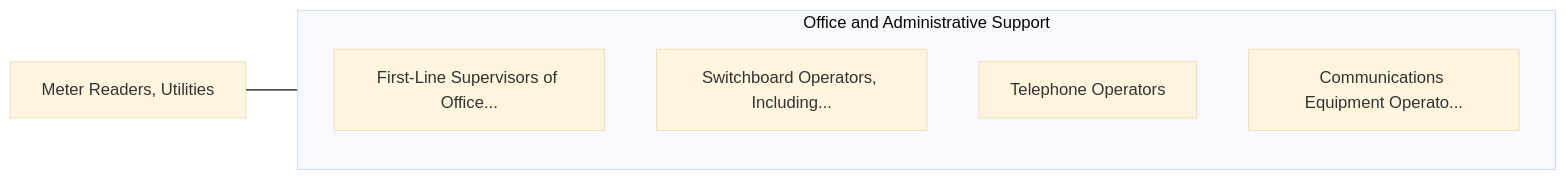
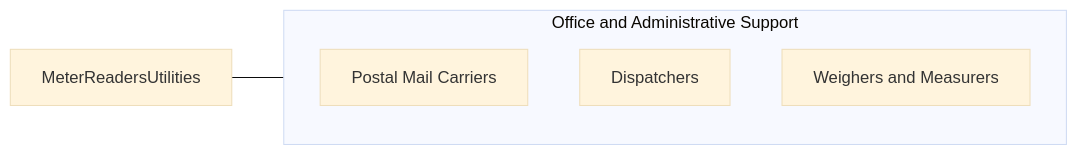
The third of 3 diagrams in occupations/Administrative/MeterReadersUtilities.mdx (kziemski/business.org.ai), drawn with Mermaid (base theme) before and after one commit. The commit also changed other lines of this file and 938 other files, not shown here.

````diff
--- a/occupations/Administrative/MeterReadersUtilities.mdx
+++ b/occupations/Administrative/MeterReadersUtilities.mdx
@@ -104,13 +100,10 @@
 ```mermaid
 graph LR
-    Current["Meter Readers, Utilities"]
-
+    Current["MeterReadersUtilities"]
     subgraph SameCategory["Office and Administrative Support"]
-        FirstLineSupervisors["First-Line Supervisors of Office..."]
-        SwitchboardOperators["Switchboard Operators, Including..."]
-        TelephoneOperators["Telephone Operators"]
-        CommunicationsEquipm["Communications Equipment Operato..."]
+        RPostalCarriers["Postal Mail Carriers"]
+        RDispatchers["Dispatchers"]
+        RWeighers["Weighers and Measurers"]
     end
-
     Current --- SameCategory
 ```
````
